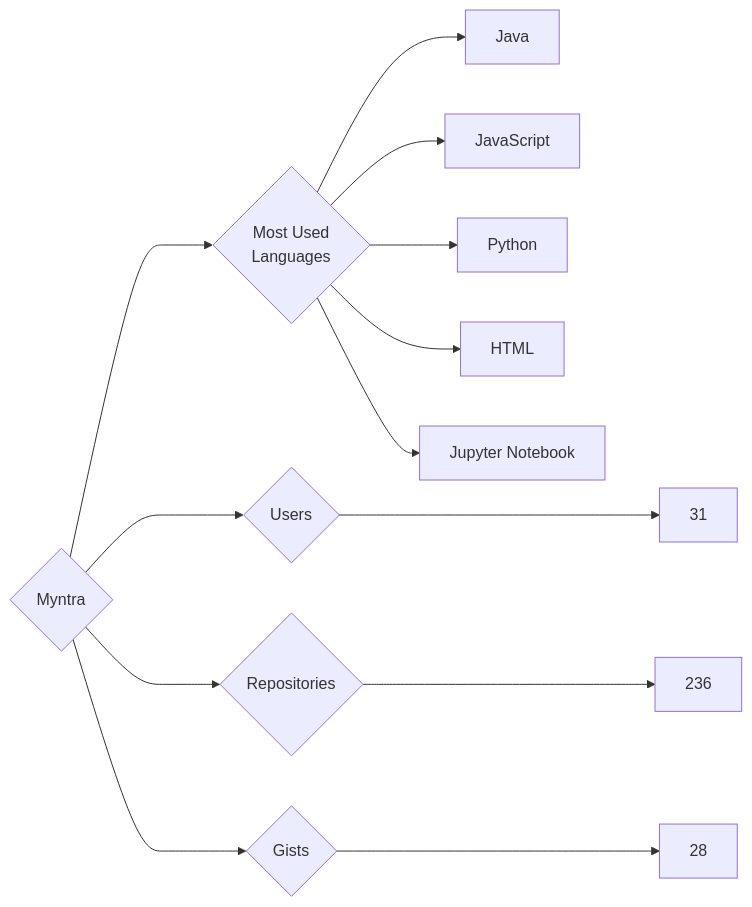
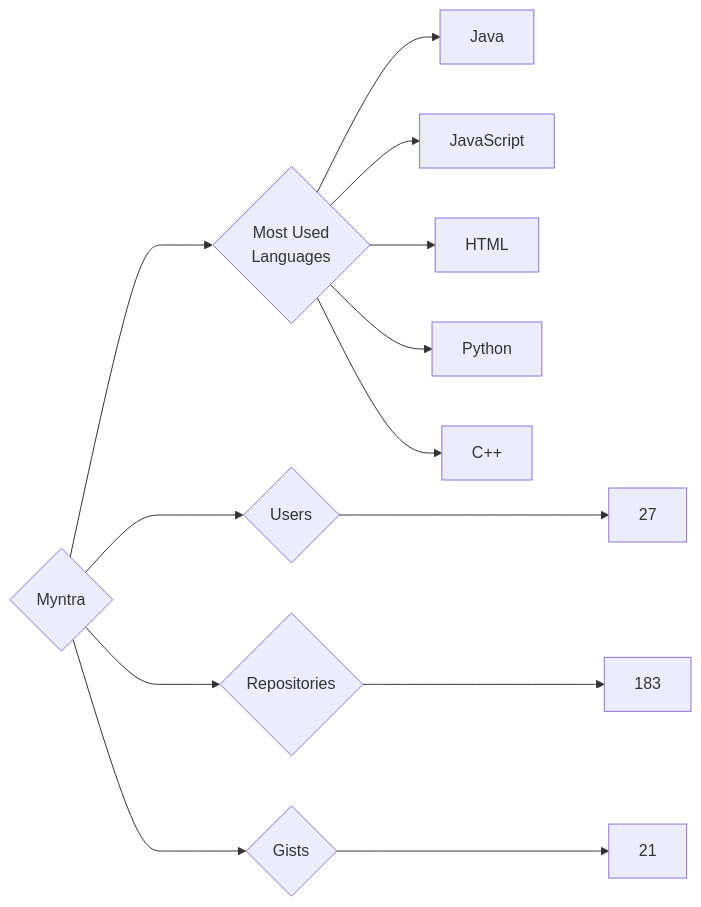
One commit to trickest/insiders changed the diagram in targets/Myntra/README.md. Above: the diagram before and after it, drawn with Mermaid. The commit also changed 964 other files, not shown here.

````diff
--- a/targets/Myntra/README.md
+++ b/targets/Myntra/README.md
@@ -3,13 +3,13 @@
 ```mermaid
 graph LR
 COMPANY_NAME{Myntra}
-COMPANY_NAME ---> U{Users} ---> UN[31]
-COMPANY_NAME ---> R{Repositories} ---> RN[236]
-COMPANY_NAME ---> G{Gists} ---> GN[28]
+COMPANY_NAME ---> U{Users} ---> UN[27]
+COMPANY_NAME ---> R{Repositories} ---> RN[183]
+COMPANY_NAME ---> G{Gists} ---> GN[21]
 COMPANY_NAME ---> ML{Most Used<br>Languages}
 ML --> Java[Java]
 ML --> JavaScript[JavaScript]
+ML --> HTML[HTML]
 ML --> Python[Python]
-ML --> HTML[HTML]
-ML --> Jupyter_Notebook[Jupyter Notebook]
+ML --> C++[C++]
 ```
````
